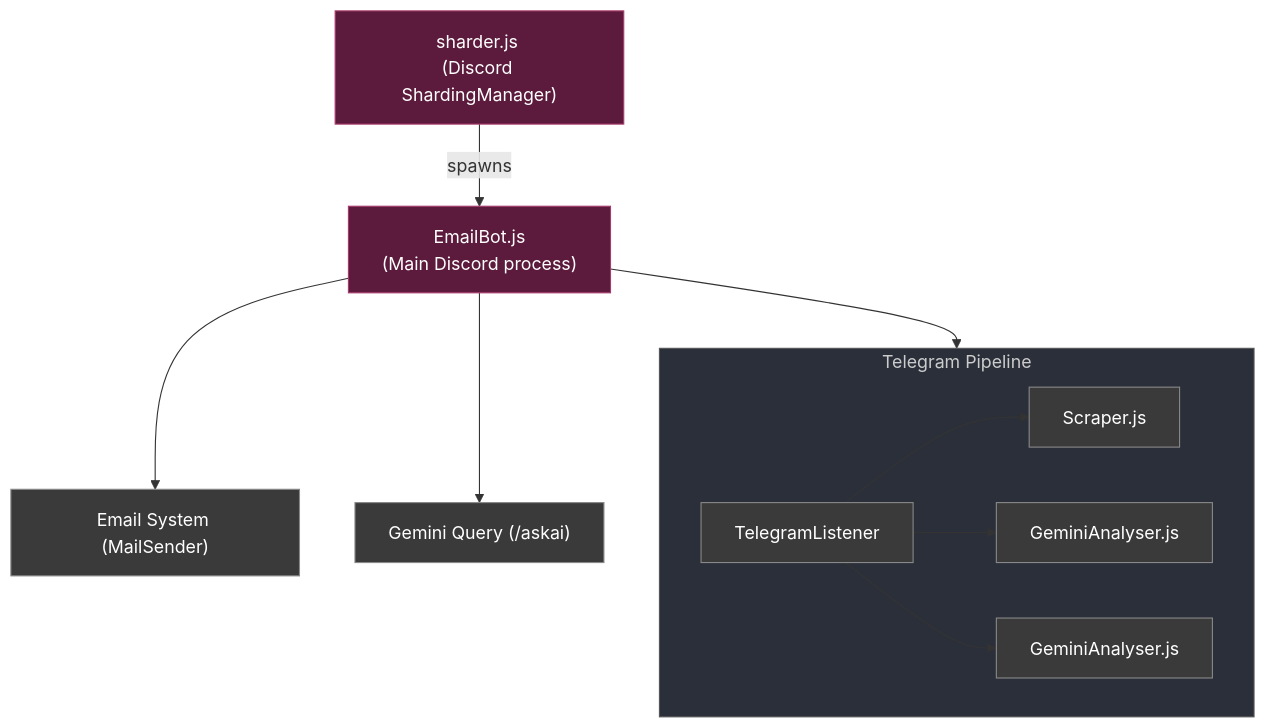
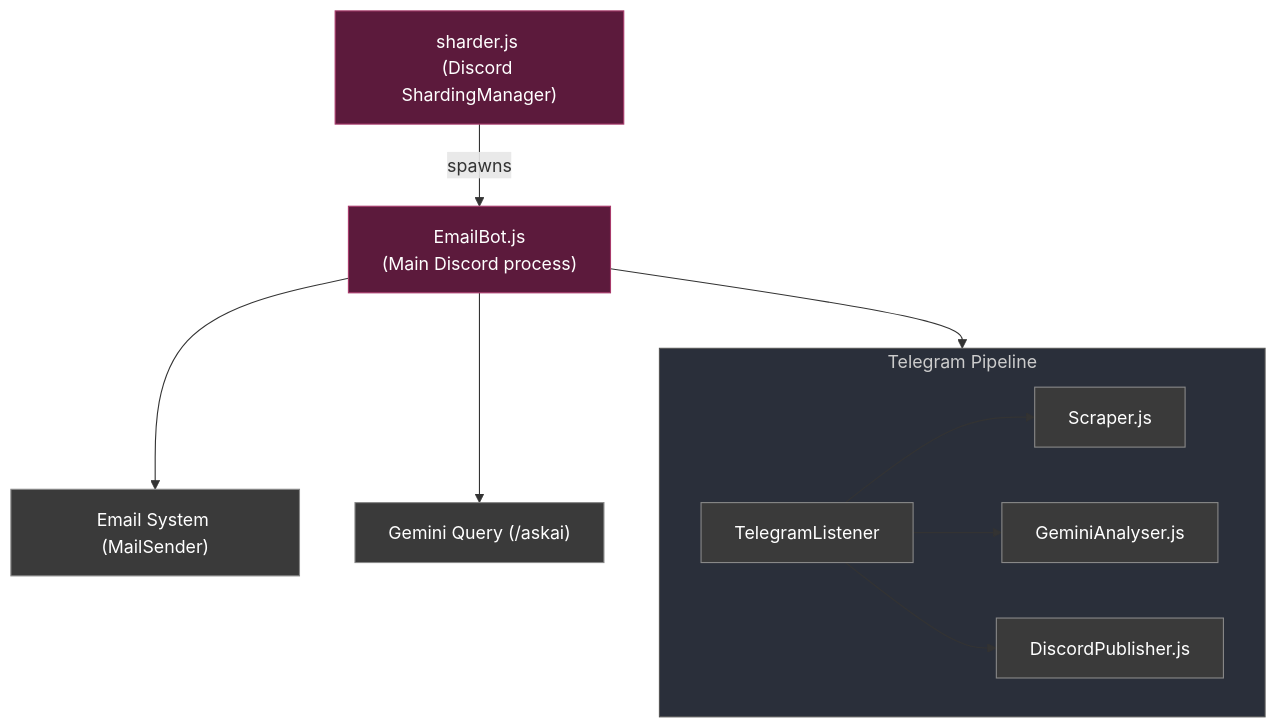
One commit to mrc2rules/UTMJBC-Bot changed the diagram in README.md. Above: the diagram before and after it, drawn with Mermaid.

````diff
--- a/README.md
+++ b/README.md
@@ -39,26 +39,26 @@
 ```mermaid
 ---
 config:
   layout: fixed
 ---
 flowchart TB
  subgraph TP["Telegram Pipeline"]
         F["Scraper.js"]
         E["TelegramListener"]
         G["GeminiAnalyser.js"]
-        H["GeminiAnalyser.js"]
+        H["DiscordPublisher.js"]
   end
     A["sharder.js <br>(Discord ShardingManager)"] -- spawns --> B["EmailBot.js <br>(Main Discord process)"]
     B --> C["Email System (MailSender)"] & D["Gemini Query (/askai)"] & TP
     E --> F & G & H
 
     style F fill:#3a3a3a,stroke:#888,color:#fff
     style E fill:#3a3a3a,stroke:#888,color:#fff
     style G fill:#3a3a3a,stroke:#888,color:#fff
     style H fill:#3a3a3a,stroke:#888,color:#fff
     style A fill:#5c1a3c,stroke:#a83a6b,color:#fff
     style B fill:#5c1a3c,stroke:#a83a6b,color:#fff
     style C fill:#3a3a3a,stroke:#888,color:#fff
     style D fill:#3a3a3a,stroke:#888,color:#fff
     style TP fill:#2a2f3a,stroke:#555,color:#ccc
 ```
````
